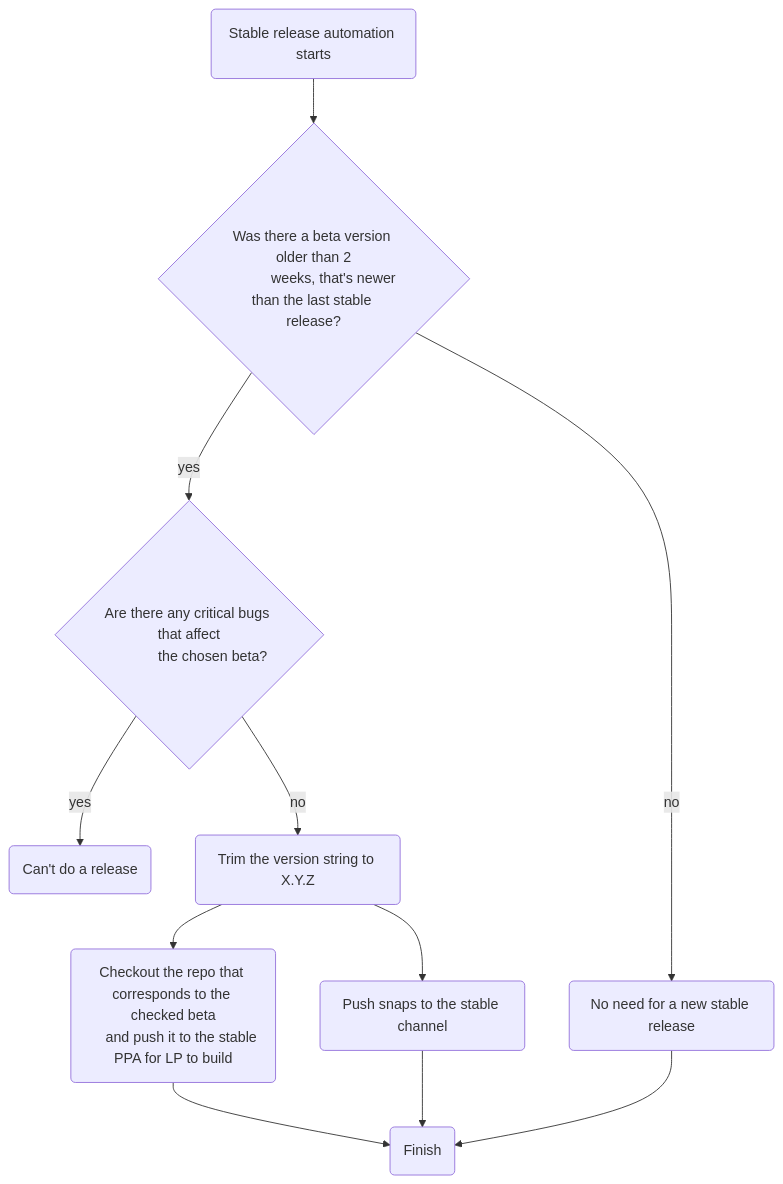
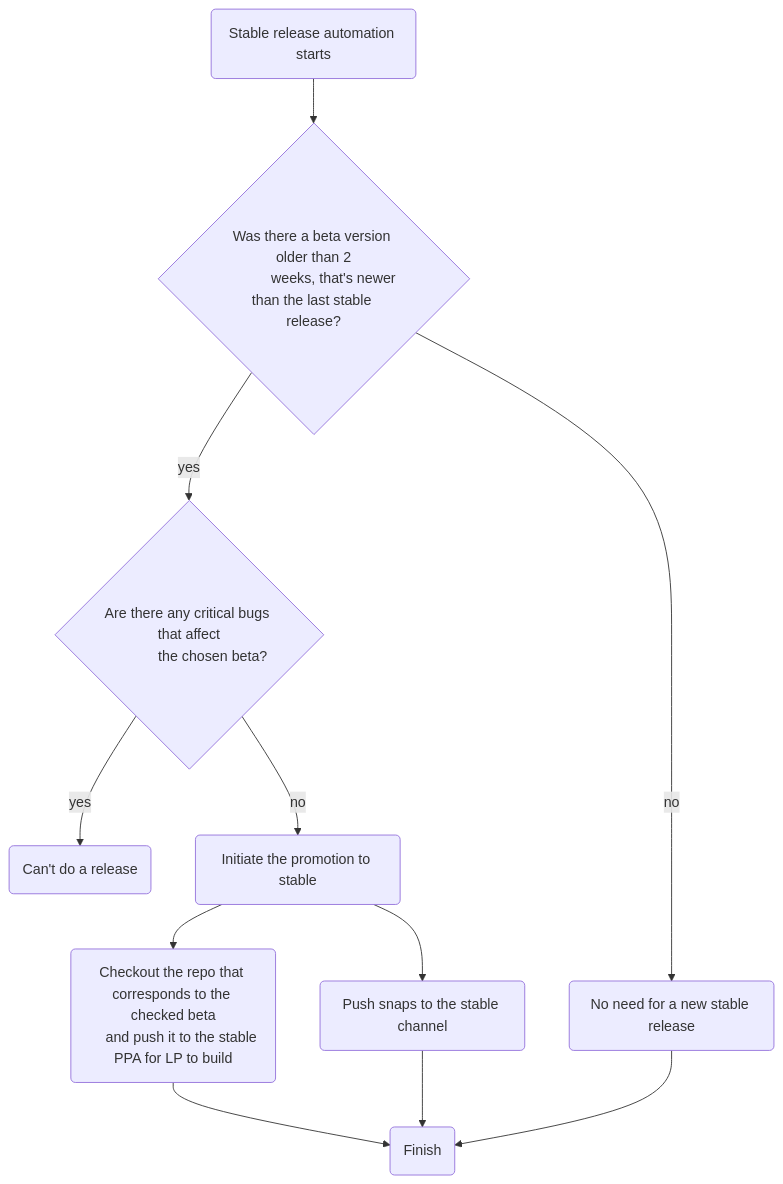
The third of 3 diagrams in docs/explanation/continuous_delivery.md (canonical/checkbox), drawn with Mermaid before and after one commit.

Commit message:
add info about promo to stable

````diff
--- a/docs/explanation/continuous_delivery.md
+++ b/docs/explanation/continuous_delivery.md
@@ -90,32 +90,32 @@
 ```mermaid
 
 graph TD;
 
 start("Stable release automation starts")
 check_age{"Was there a beta version older than 2
            weeks, that's newer than the last stable release?"}
 up2date("No need for a new stable release")
 blocked("Can't do a release")
-trim("Trim the version string to X.Y.Z")
+release("Initiate the promotion to stable")
 ppa("Checkout the repo that corresponds to the checked beta
      and push it to the stable PPA for LP to build")
 snaps("Push snaps to the stable channel")
 done("Finish")
 
 check_bugs{"Are there any critical bugs that affect
             the chosen beta?"}
 
 start --> check_age
 check_age -->|yes| check_bugs
 check_age -->|no| up2date
 
 check_bugs --> |yes| blocked
-check_bugs --> |no| trim
-trim --> ppa
-trim --> snaps
+check_bugs --> |no| release
+release --> ppa
+release --> snaps
 ppa --> done
 snaps --> done
 up2date --> done
 
 
 ```
````
